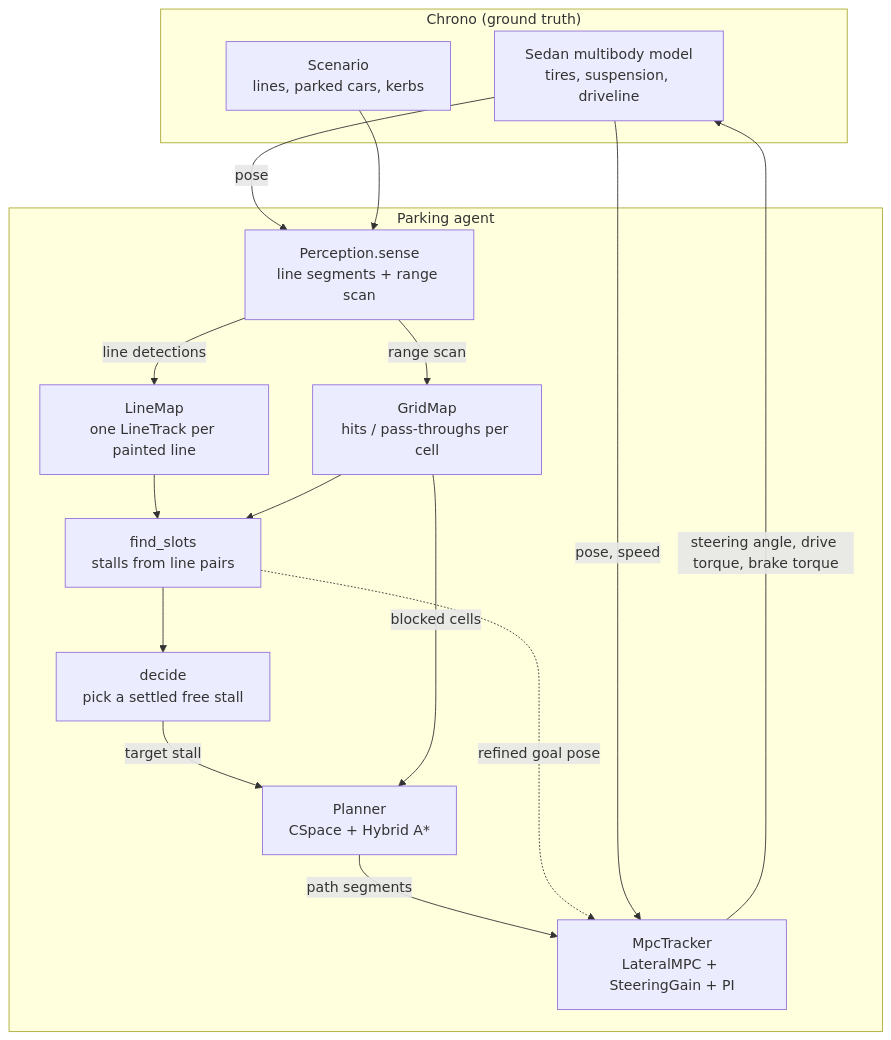
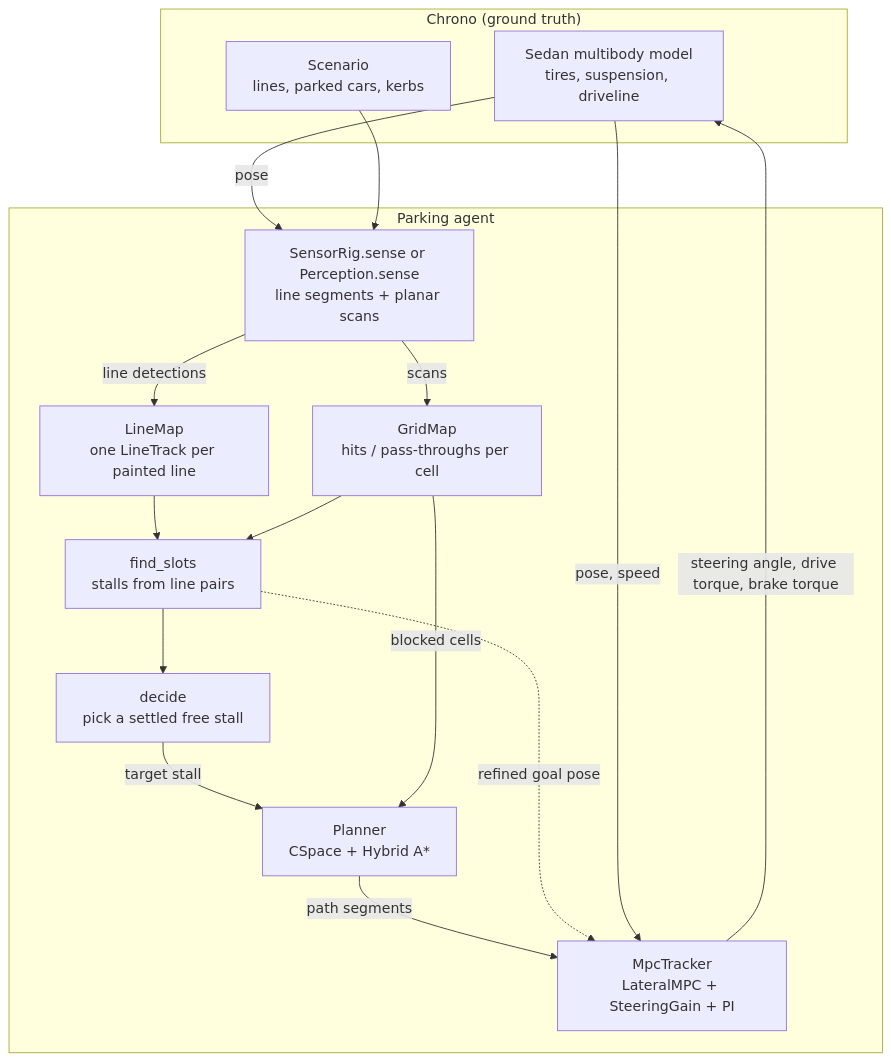
The first of 2 diagrams in docs/architecture.md (ksha23/chrono-parking), drawn with Mermaid before and after one commit. The commit also changed other lines of this file and 24 other files, not shown here.

````diff
--- a/docs/architecture.md
+++ b/docs/architecture.md
@@ -26,29 +31,29 @@
 ```mermaid
 flowchart TB
     subgraph Chrono["Chrono (ground truth)"]
         VEH["Sedan multibody model<br/>tires, suspension, driveline"]
         SCN["Scenario<br/>lines, parked cars, kerbs"]
     end
     subgraph Agent["Parking agent"]
-        SENSE["Perception.sense<br/>line segments + range scan"]
+        SENSE["SensorRig.sense or Perception.sense<br/>line segments + planar scans"]
         GRID["GridMap<br/>hits / pass-throughs per cell"]
         LINES["LineMap<br/>one LineTrack per painted line"]
         SLOTS["find_slots<br/>stalls from line pairs"]
         DEC["decide<br/>pick a settled free stall"]
         PLAN["Planner<br/>CSpace + Hybrid A*"]
         TRK["MpcTracker<br/>LateralMPC + SteeringGain + PI"]
     end
     VEH -- "pose" --> SENSE
     SCN --> SENSE
-    SENSE -- "range scan" --> GRID
+    SENSE -- "scans" --> GRID
     SENSE -- "line detections" --> LINES
     LINES --> SLOTS
     GRID --> SLOTS
     SLOTS --> DEC
     DEC -- "target stall" --> PLAN
     GRID -- "blocked cells" --> PLAN
     PLAN -- "path segments" --> TRK
     SLOTS -. "refined goal pose" .-> TRK
     VEH -- "pose, speed" --> TRK
     TRK -- "steering angle, drive torque, brake torque" --> VEH
 ```
````
